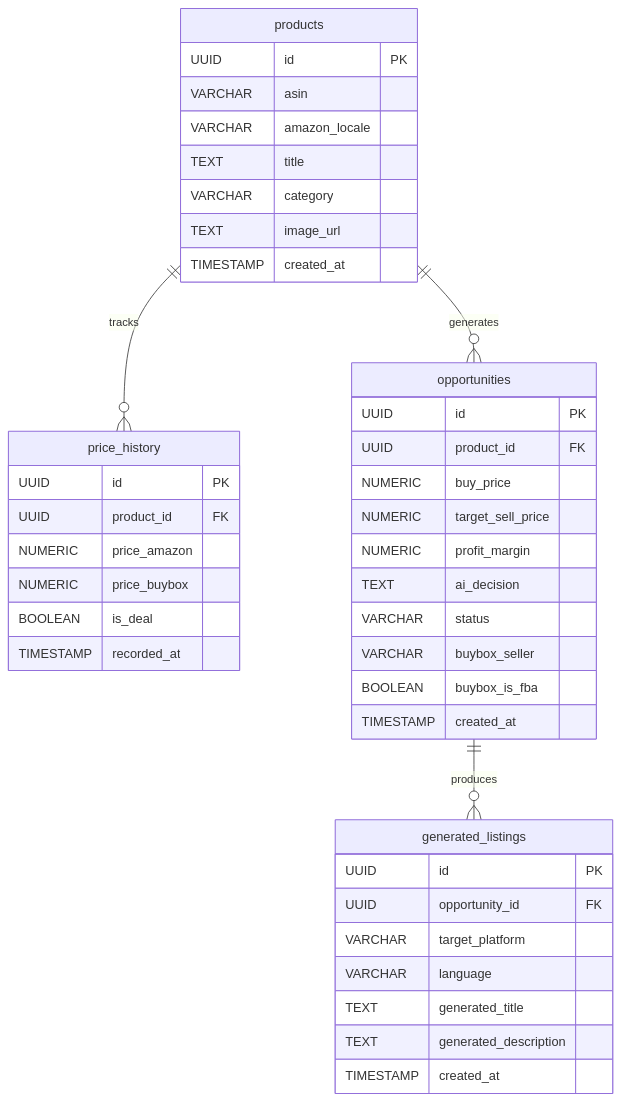
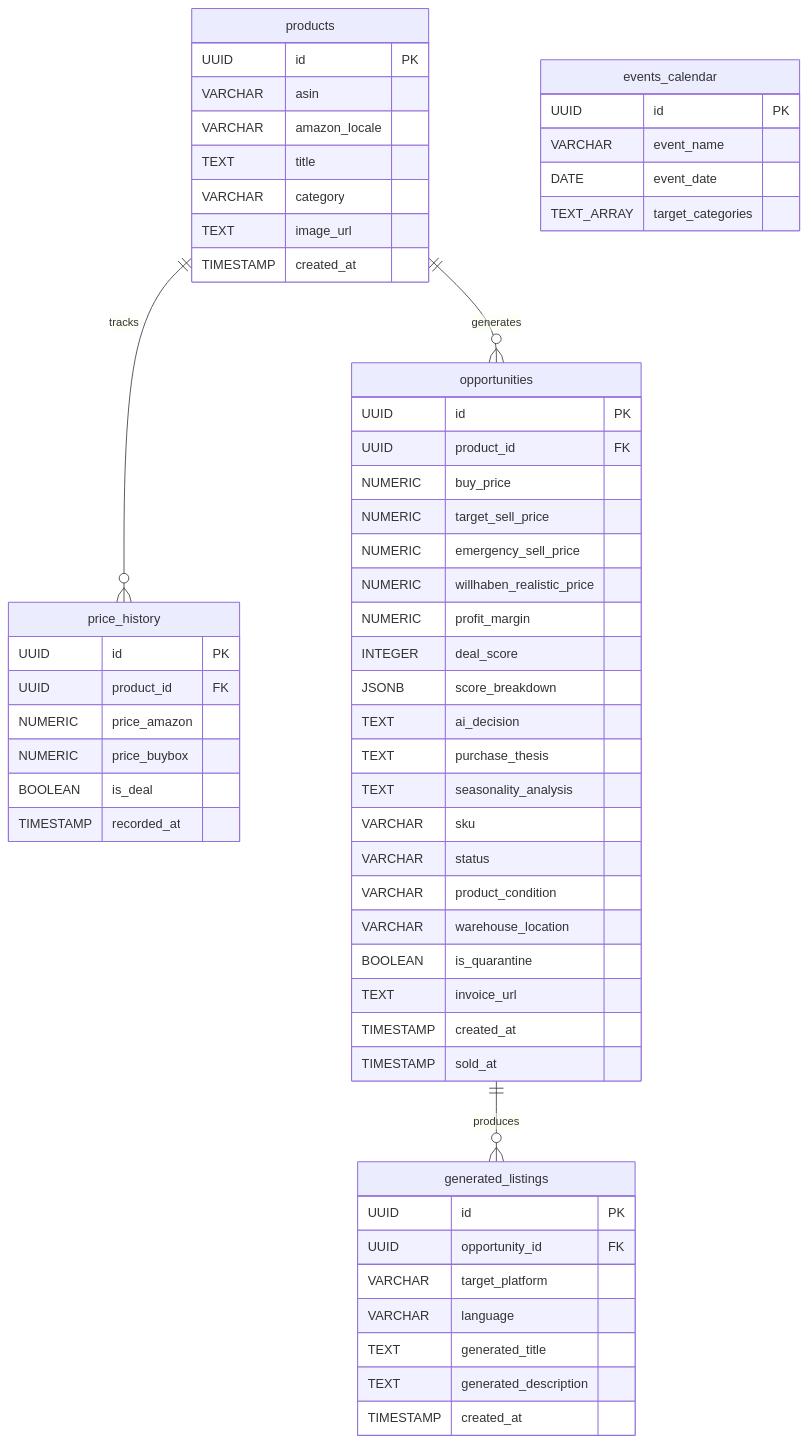
Before and after one commit to ridvanyigit/vindera-workspace: the third of 4 diagrams in TECH-DOKUMENTATION.md, drawn with Mermaid. The commit also changed other lines of this file and 9 other files, not shown here.

````diff
--- a/TECH-DOKUMENTATION.md
+++ b/TECH-DOKUMENTATION.md
@@ -398,48 +349,64 @@
 ```mermaid
 erDiagram
     products ||--o{ price_history : "tracks"
     products ||--o{ opportunities : "generates"
     opportunities ||--o{ generated_listings : "produces"
+    events_calendar {
+        UUID id PK
+        VARCHAR event_name
+        DATE event_date
+        TEXT_ARRAY target_categories
+    }
 
     products {
         UUID id PK
         VARCHAR asin
         VARCHAR amazon_locale
         TEXT title
         VARCHAR category
         TEXT image_url
         TIMESTAMP created_at
     }
 
     price_history {
         UUID id PK
         UUID product_id FK
         NUMERIC price_amazon
         NUMERIC price_buybox
         BOOLEAN is_deal
         TIMESTAMP recorded_at
     }
 
     opportunities {
         UUID id PK
         UUID product_id FK
         NUMERIC buy_price
         NUMERIC target_sell_price
+        NUMERIC emergency_sell_price
+        NUMERIC willhaben_realistic_price
         NUMERIC profit_margin
+        INTEGER deal_score
+        JSONB score_breakdown
         TEXT ai_decision
+        TEXT purchase_thesis
+        TEXT seasonality_analysis
+        VARCHAR sku
         VARCHAR status
-        VARCHAR buybox_seller
-        BOOLEAN buybox_is_fba
+        VARCHAR product_condition
+        VARCHAR warehouse_location
+        BOOLEAN is_quarantine
+        TEXT invoice_url
         TIMESTAMP created_at
+        TIMESTAMP sold_at
     }
 
     generated_listings {
         UUID id PK
         UUID opportunity_id FK
         VARCHAR target_platform
         VARCHAR language
         TEXT generated_title
         TEXT generated_description
         TIMESTAMP created_at
     }
 ```
````
